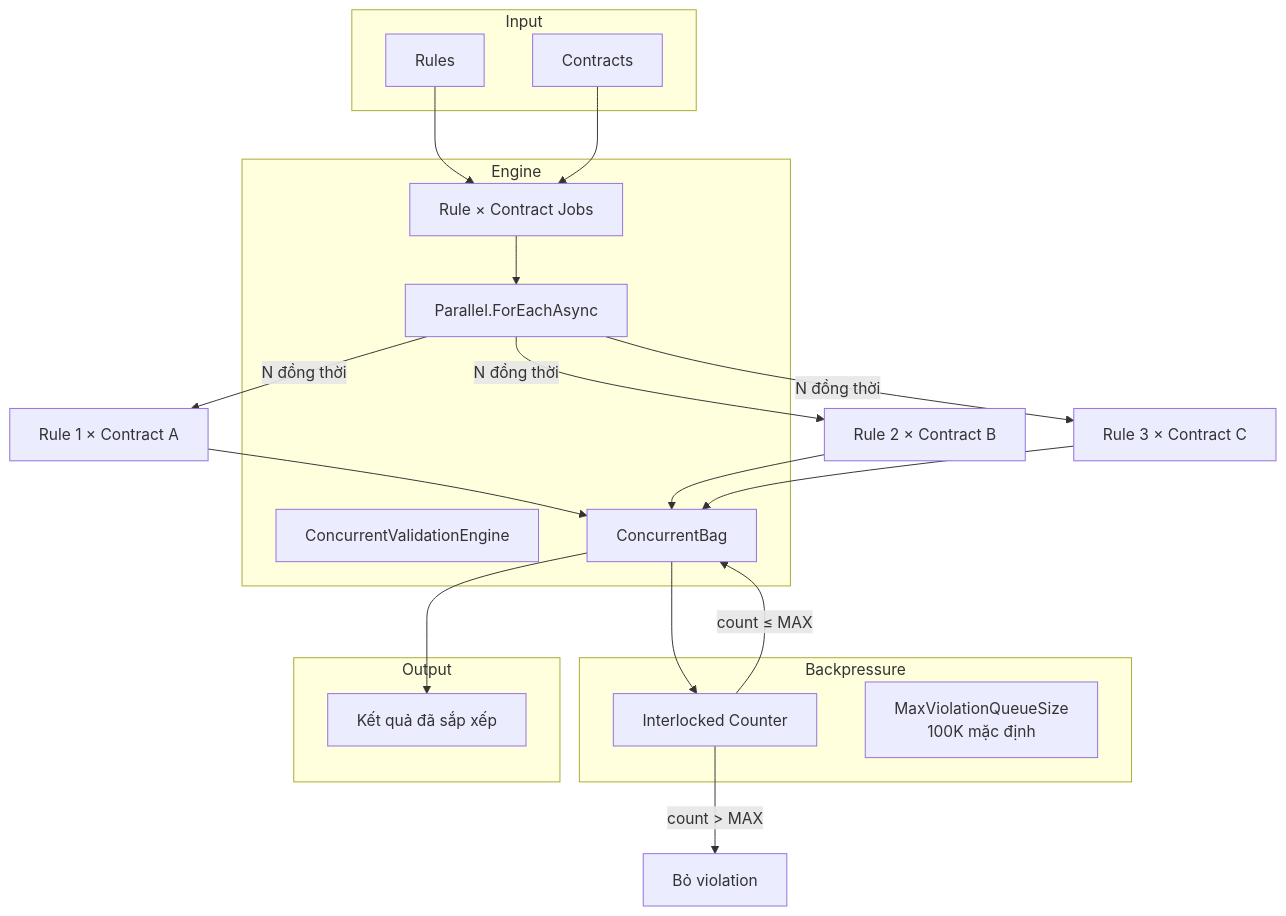
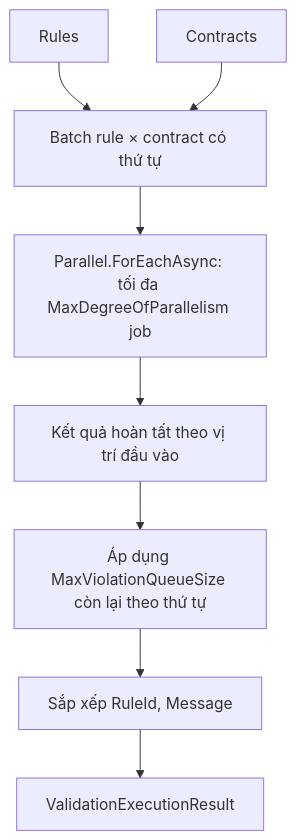
Before and after one commit to thanhnt-sm/eco_support_net_oracle: the diagram in docs/03-components/core/validation.vi.md, drawn with Mermaid. The commit also changed other lines of this file and 266 other files, not shown here.

````diff
--- a/docs/03-components/core/validation.vi.md
+++ b/docs/03-components/core/validation.vi.md
@@ -9,40 +9,10 @@
 ```mermaid
 flowchart TB
-    subgraph Input
-        RULES[Rules]
-        CONTRACTS[Contracts]
-    end
-
-    subgraph Engine
-        CVE[ConcurrentValidationEngine]
-        JOBS[Rule × Contract Jobs]
-        PAR[Parallel.ForEachAsync]
-        BAG[ConcurrentBag]
-    end
-
-    subgraph Backpressure
-        CNT[Interlocked Counter]
-        MAX[MaxViolationQueueSize<br/>100K mặc định]
-    end
-
-    subgraph Output
-        SORT[Kết quả đã sắp xếp]
-    end
-
-    RULES --> JOBS
-    CONTRACTS --> JOBS
-    JOBS --> PAR
-    PAR --> |N đồng thời| R1[Rule 1 × Contract A]
-    PAR --> |N đồng thời| R2[Rule 2 × Contract B]
-    PAR --> |N đồng thời| R3[Rule 3 × Contract C]
-
-    R1 --> BAG
-    R2 --> BAG
-    R3 --> BAG
-
-    BAG --> CNT
-    CNT --> |count > MAX| DROP[Bỏ violation]
-    CNT --> |count ≤ MAX| BAG
-
-    BAG --> SORT
+    R[Rules] --> J[Batch rule × contract có thứ tự]
+    C[Contracts] --> J
+    J --> P[Parallel.ForEachAsync: tối đa MaxDegreeOfParallelism job]
+    P --> O[Kết quả hoàn tất theo vị trí đầu vào]
+    O --> K[Áp dụng MaxViolationQueueSize còn lại theo thứ tự]
+    K --> S[Sắp xếp RuleId, Message]
+    S --> D[ValidationExecutionResult]
 ```
````
